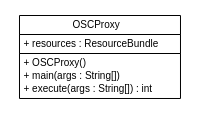
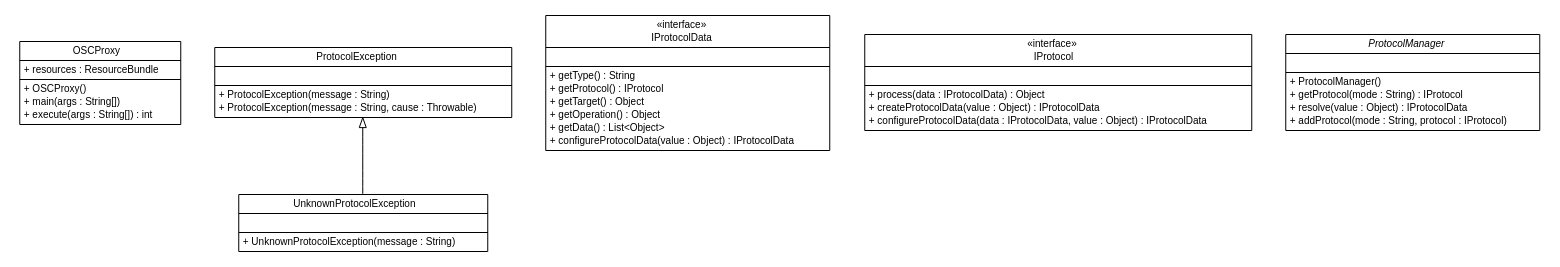
The diagram in apidocs/com/xley/lfosc/com.xley.lfosc.dot (pcross616/lf-osc-proxy), drawn with Graphviz before and after one commit. The commit also changed 367 other files, not shown here.

```diff
--- a/apidocs/com/xley/lfosc/com.xley.lfosc.dot
+++ b/apidocs/com/xley/lfosc/com.xley.lfosc.dot
@@ -1,26 +1,101 @@
 #!/usr/local/bin/dot
 #
 # Class diagram 
 # Generated by UMLGraph version R5_6 (http://www.umlgraph.org/)
 #
 
 digraph G {
 	edge [fontname="Helvetica",fontsize=10,labelfontname="Helvetica",labelfontsize=10];
 	node [fontname="Helvetica",fontsize=10,shape=plaintext];
 	nodesep=0.25;
 	ranksep=0.5;
 	// com.xley.lfosc.OSCProxy
-	c84 [label=<<table title="com.xley.lfosc.OSCProxy" border="0" cellborder="1" cellspacing="0" cellpadding="2" port="p" href="./OSCProxy.html">
+	c330 [label=<<table title="com.xley.lfosc.OSCProxy" border="0" cellborder="1" cellspacing="0" cellpadding="2" port="p" href="./OSCProxy.html">
 		<tr><td><table border="0" cellspacing="0" cellpadding="1">
 <tr><td align="center" balign="center"> OSCProxy </td></tr>
 		</table></td></tr>
 		<tr><td><table border="0" cellspacing="0" cellpadding="1">
 <tr><td align="left" balign="left"> + resources : ResourceBundle </td></tr>
 		</table></td></tr>
 		<tr><td><table border="0" cellspacing="0" cellpadding="1">
 <tr><td align="left" balign="left"> + OSCProxy() </td></tr>
 <tr><td align="left" balign="left"> + main(args : String[]) </td></tr>
 <tr><td align="left" balign="left"> + execute(args : String[]) : int </td></tr>
 		</table></td></tr>
 		</table>>, URL="./OSCProxy.html", fontname="Helvetica", fontcolor="black", fontsize=10.0];
+	// com.xley.lfosc.ProtocolException
+	c331 [label=<<table title="com.xley.lfosc.ProtocolException" border="0" cellborder="1" cellspacing="0" cellpadding="2" port="p" href="./ProtocolException.html">
+		<tr><td><table border="0" cellspacing="0" cellpadding="1">
+<tr><td align="center" balign="center"> ProtocolException </td></tr>
+		</table></td></tr>
+		<tr><td><table border="0" cellspacing="0" cellpadding="1">
+<tr><td align="left" balign="left">  </td></tr>
+		</table></td></tr>
+		<tr><td><table border="0" cellspacing="0" cellpadding="1">
+<tr><td align="left" balign="left"> + ProtocolException(message : String) </td></tr>
+<tr><td align="left" balign="left"> + ProtocolException(message : String, cause : Throwable) </td></tr>
+		</table></td></tr>
+		</table>>, URL="./ProtocolException.html", fontname="Helvetica", fontcolor="black", fontsize=10.0];
+	// com.xley.lfosc.IProtocolData
+	c332 [label=<<table title="com.xley.lfosc.IProtocolData" border="0" cellborder="1" cellspacing="0" cellpadding="2" port="p" href="./IProtocolData.html">
+		<tr><td><table border="0" cellspacing="0" cellpadding="1">
+<tr><td align="center" balign="center"> &#171;interface&#187; </td></tr>
+<tr><td align="center" balign="center"> IProtocolData </td></tr>
+		</table></td></tr>
+		<tr><td><table border="0" cellspacing="0" cellpadding="1">
+<tr><td align="left" balign="left">  </td></tr>
+		</table></td></tr>
+		<tr><td><table border="0" cellspacing="0" cellpadding="1">
+<tr><td align="left" balign="left"> + getType() : String </td></tr>
+<tr><td align="left" balign="left"> + getProtocol() : IProtocol </td></tr>
+<tr><td align="left" balign="left"> + getTarget() : Object </td></tr>
+<tr><td align="left" balign="left"> + getOperation() : Object </td></tr>
+<tr><td align="left" balign="left"> + getData() : List&lt;Object&gt; </td></tr>
+<tr><td align="left" balign="left"> + configureProtocolData(value : Object) : IProtocolData </td></tr>
+		</table></td></tr>
+		</table>>, URL="./IProtocolData.html", fontname="Helvetica", fontcolor="black", fontsize=10.0];
+	// com.xley.lfosc.IProtocol
+	c333 [label=<<table title="com.xley.lfosc.IProtocol" border="0" cellborder="1" cellspacing="0" cellpadding="2" port="p" href="./IProtocol.html">
+		<tr><td><table border="0" cellspacing="0" cellpadding="1">
+<tr><td align="center" balign="center"> &#171;interface&#187; </td></tr>
+<tr><td align="center" balign="center"> IProtocol </td></tr>
+		</table></td></tr>
+		<tr><td><table border="0" cellspacing="0" cellpadding="1">
+<tr><td align="left" balign="left">  </td></tr>
+		</table></td></tr>
+		<tr><td><table border="0" cellspacing="0" cellpadding="1">
+<tr><td align="left" balign="left"> + process(data : IProtocolData) : Object </td></tr>
+<tr><td align="left" balign="left"> + createProtocolData(value : Object) : IProtocolData </td></tr>
+<tr><td align="left" balign="left"> + configureProtocolData(data : IProtocolData, value : Object) : IProtocolData </td></tr>
+		</table></td></tr>
+		</table>>, URL="./IProtocol.html", fontname="Helvetica", fontcolor="black", fontsize=10.0];
+	// com.xley.lfosc.ProtocolManager
+	c334 [label=<<table title="com.xley.lfosc.ProtocolManager" border="0" cellborder="1" cellspacing="0" cellpadding="2" port="p" href="./ProtocolManager.html">
+		<tr><td><table border="0" cellspacing="0" cellpadding="1">
+<tr><td align="center" balign="center"><font face="Helvetica-Oblique"> ProtocolManager </font></td></tr>
+		</table></td></tr>
+		<tr><td><table border="0" cellspacing="0" cellpadding="1">
+<tr><td align="left" balign="left">  </td></tr>
+		</table></td></tr>
+		<tr><td><table border="0" cellspacing="0" cellpadding="1">
+<tr><td align="left" balign="left"> + ProtocolManager() </td></tr>
+<tr><td align="left" balign="left"> + getProtocol(mode : String) : IProtocol </td></tr>
+<tr><td align="left" balign="left"> + resolve(value : Object) : IProtocolData </td></tr>
+<tr><td align="left" balign="left"> + addProtocol(mode : String, protocol : IProtocol) </td></tr>
+		</table></td></tr>
+		</table>>, URL="./ProtocolManager.html", fontname="Helvetica", fontcolor="black", fontsize=10.0];
+	// com.xley.lfosc.UnknownProtocolException
+	c335 [label=<<table title="com.xley.lfosc.UnknownProtocolException" border="0" cellborder="1" cellspacing="0" cellpadding="2" port="p" href="./UnknownProtocolException.html">
+		<tr><td><table border="0" cellspacing="0" cellpadding="1">
+<tr><td align="center" balign="center"> UnknownProtocolException </td></tr>
+		</table></td></tr>
+		<tr><td><table border="0" cellspacing="0" cellpadding="1">
+<tr><td align="left" balign="left">  </td></tr>
+		</table></td></tr>
+		<tr><td><table border="0" cellspacing="0" cellpadding="1">
+<tr><td align="left" balign="left"> + UnknownProtocolException(message : String) </td></tr>
+		</table></td></tr>
+		</table>>, URL="./UnknownProtocolException.html", fontname="Helvetica", fontcolor="black", fontsize=10.0];
+	//com.xley.lfosc.UnknownProtocolException extends com.xley.lfosc.ProtocolException
+	c331:p -> c335:p [dir=back,arrowtail=empty];
 }
```
